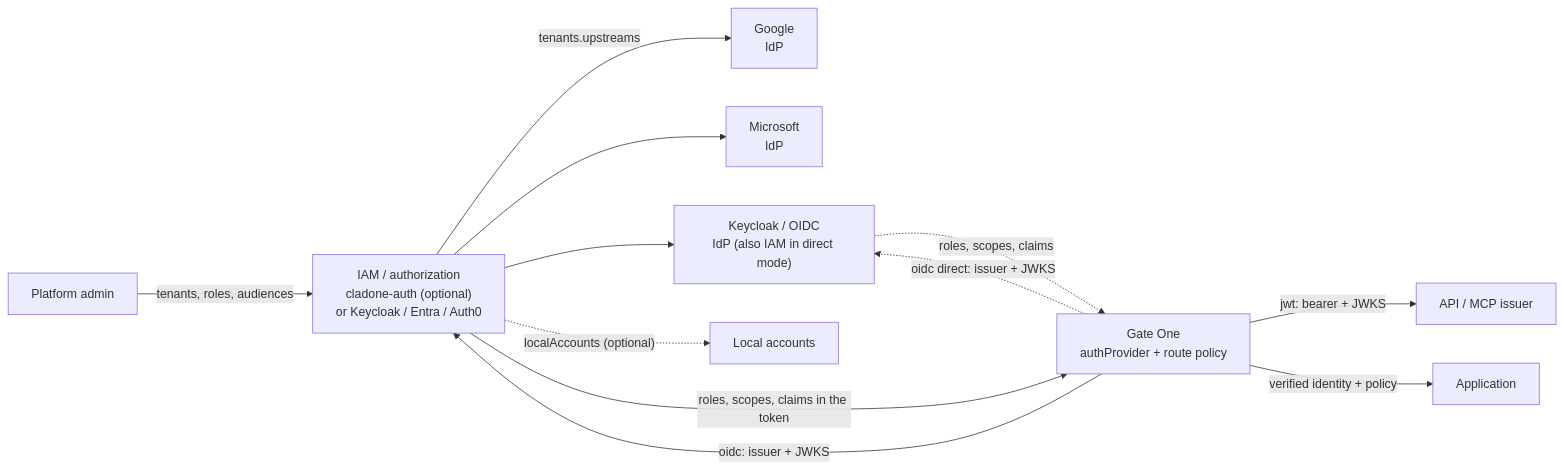
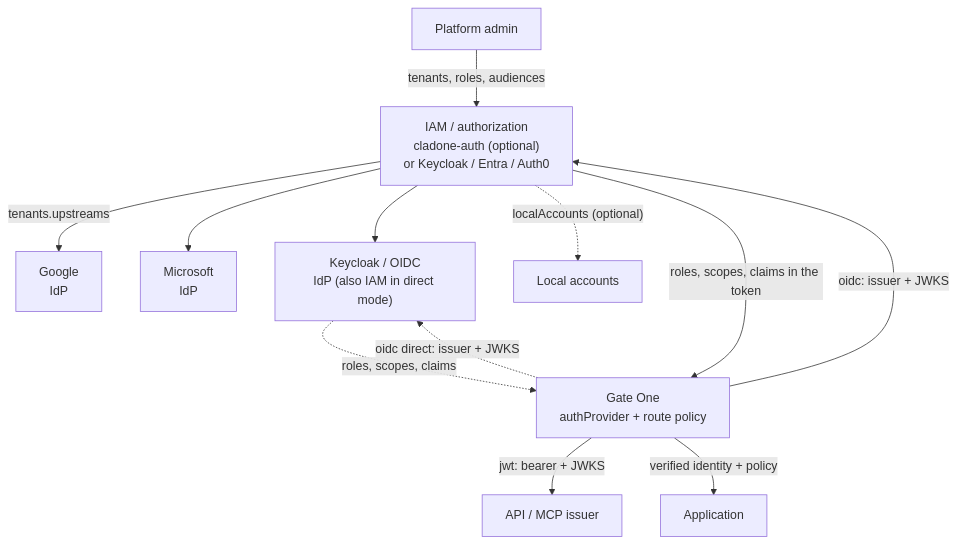
Before and after one commit to clad-one/gate-one-doc: the first of 3 diagrams in content/en/docs/iam-and-providers.md, drawn with Mermaid. The commit also changed other lines of this file and 5 other files, not shown here.

````diff
--- a/content/en/docs/iam-and-providers.md
+++ b/content/en/docs/iam-and-providers.md
@@ -31,14 +31,14 @@
 ```mermaid
-flowchart LR
+flowchart TB
   ADMIN["Platform admin"] -->|"tenants, roles, audiences"| IAM["IAM / authorization<br/>cladone-auth (optional)<br/>or Keycloak / Entra / Auth0"]
   IAM -->|"tenants.upstreams"| GOOGLE["Google<br/>IdP"]
   IAM --> MICROSOFT["Microsoft<br/>IdP"]
   IAM --> KEYCLOAK["Keycloak / OIDC<br/>IdP (also IAM in direct mode)"]
   IAM -.->|"localAccounts (optional)"| LOCAL["Local accounts"]
   GO["Gate One<br/>authProvider + route policy"] -->|"oidc: issuer + JWKS"| IAM
   GO -.->|"oidc direct: issuer + JWKS"| KEYCLOAK
   GO -->|"jwt: bearer + JWKS"| API["API / MCP issuer"]
   IAM -->|"roles, scopes, claims in the token"| GO
   KEYCLOAK -.->|"roles, scopes, claims"| GO
   GO -->|"verified identity + policy"| APP["Application"]
 ```
````
